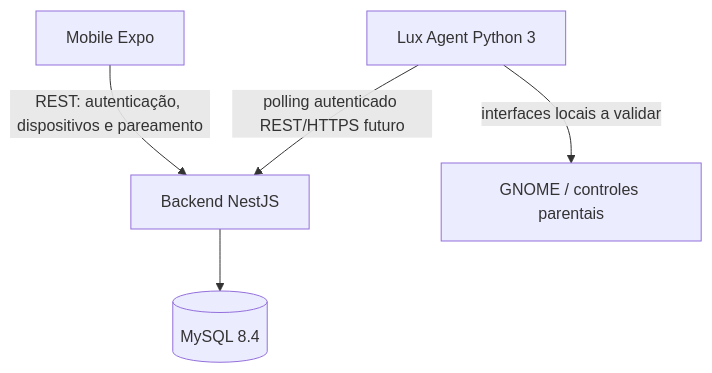
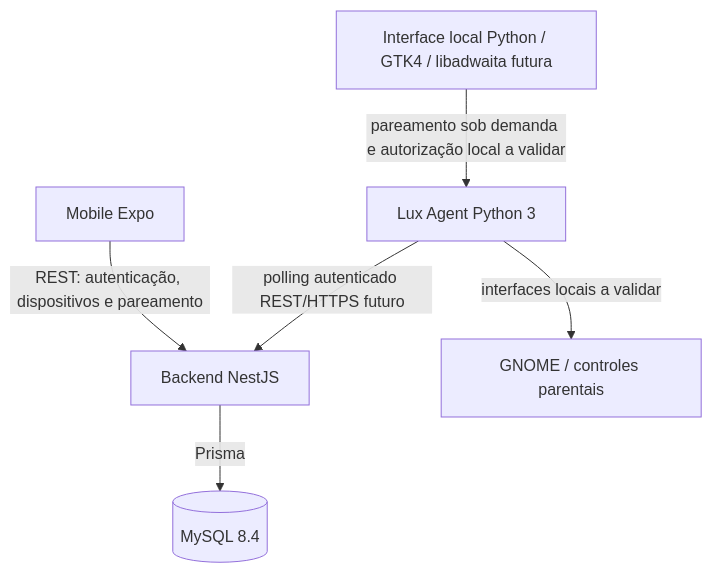
One commit to cfrans/Projeto-Integrador-FatecID-5Sem changed the diagram in docs/architecture.md. Above: the diagram before and after it, drawn with Mermaid. The commit also changed other lines of this file and 9 other files, not shown here.

````diff
--- a/docs/architecture.md
+++ b/docs/architecture.md
@@ -5,7 +5,8 @@
 ```mermaid
 flowchart TD
     M[Mobile Expo] -->|REST: autenticação, dispositivos e pareamento| B[Backend NestJS]
     A[Lux Agent Python 3] -->|polling autenticado REST/HTTPS futuro| B[Backend NestJS]
     A -->|interfaces locais a validar| G[GNOME / controles parentais]
-    B --> D[(MySQL 8.4)]
+    B -->|Prisma| D[(MySQL 8.4)]
+    U[Interface local Python / GTK4 / libadwaita futura] -->|pareamento sob demanda e autorização local a validar| A
 ```
````
